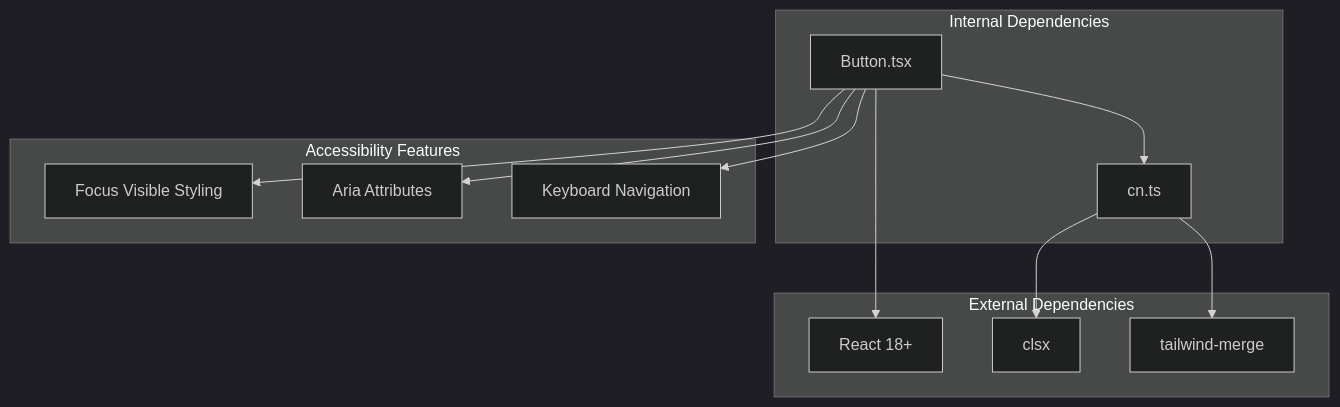
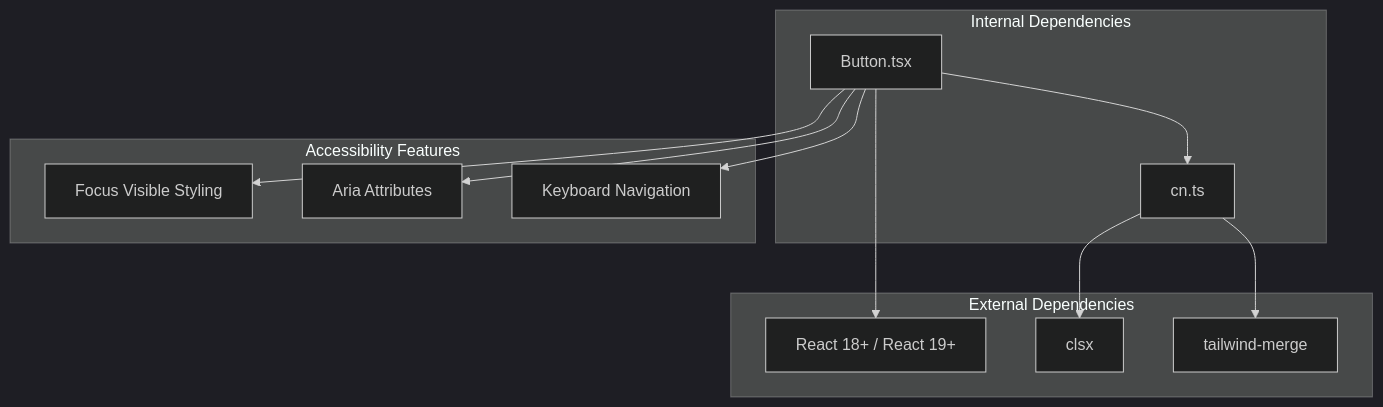
One commit to shekhargiri005-dotcom/AI-powered-accessibility-first-UI-engine changed the sixth of 6 diagrams in .qoder/repowiki/en/content/Core Button Component.md. Above: the diagram before and after it, drawn with Mermaid (dark theme). The commit also changed other lines of this file and 7 other files, not shown here.

````diff
--- a/.qoder/repowiki/en/content/Core Button Component.md
+++ b/.qoder/repowiki/en/content/Core Button Component.md
@@ -221,24 +233,24 @@
 ```mermaid
 graph TB
 subgraph "Internal Dependencies"
 ButtonTSX[Button.tsx]
 CNUtils[cn.ts]
 end
 subgraph "External Dependencies"
-React[React 18+]
+React[React 18+ / React 19+]
 clsx[clsx]
 tailwind-merge[tailwind-merge]
 end
 subgraph "Accessibility Features"
 FocusVisible[Focus Visible Styling]
 Aria[Aria Attributes]
 Keyboard[Keyboard Navigation]
 end
 ButtonTSX --> CNUtils
 ButtonTSX --> React
 CNUtils --> clsx
 CNUtils --> tailwind-merge
 ButtonTSX --> FocusVisible
 ButtonTSX --> Aria
 ButtonTSX --> Keyboard
 ```
````
